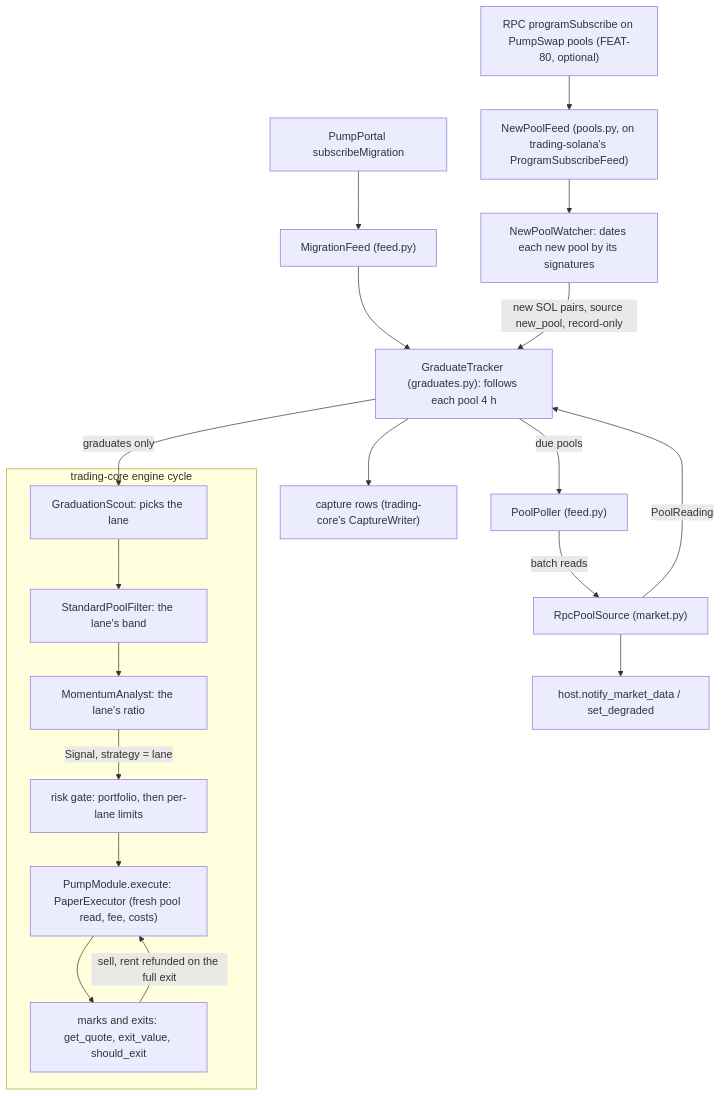
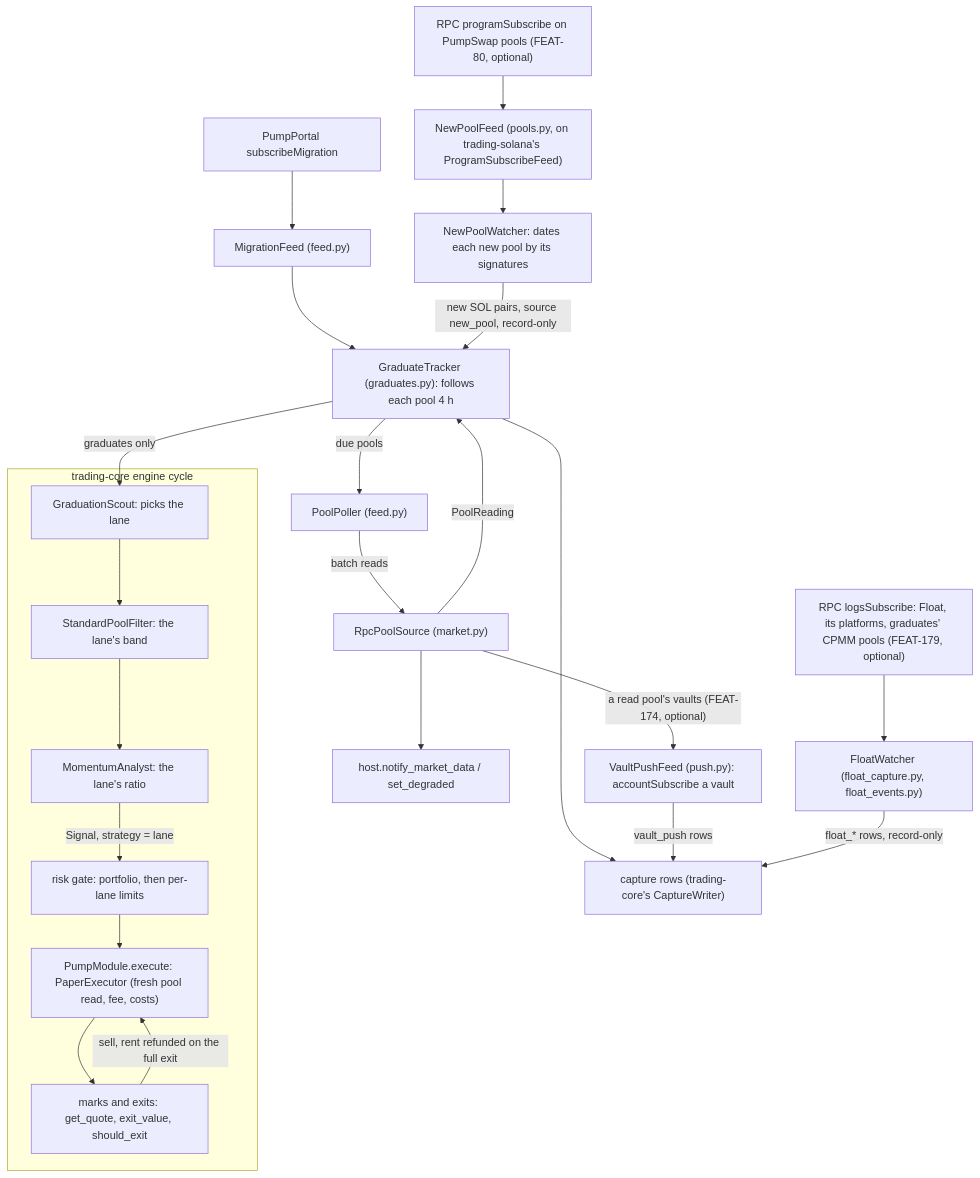
The diagram in docs/ARCHITECTURE.md (andy-shady-org/trading-pump), drawn with Mermaid before and after one commit. The commit also changed other lines of this file and 17 other files, not shown here.

First line of the commit message:
FEAT-179: Float capture (record-only)

````diff
--- a/docs/ARCHITECTURE.md
+++ b/docs/ARCHITECTURE.md
@@ -40,22 +40,26 @@
 ```mermaid
 flowchart TD
     PP["PumpPortal subscribeMigration"] --> MF["MigrationFeed (feed.py)"]
     MF --> GT["GraduateTracker (graduates.py): follows each pool 4 h"]
     WS["RPC programSubscribe on PumpSwap pools (FEAT-80, optional)"] --> NPF["NewPoolFeed (pools.py, on trading-solana's ProgramSubscribeFeed)"]
     NPF --> NPW["NewPoolWatcher: dates each new pool by its signatures"]
     NPW -- "new SOL pairs, source new_pool, record-only" --> GT
     GT -- "due pools" --> POLL["PoolPoller (feed.py)"]
     POLL -- "batch reads" --> SRC["RpcPoolSource (market.py)"]
     SRC -- "PoolReading" --> GT
     SRC --> HOST["host.notify_market_data / set_degraded"]
     GT --> CAP["capture rows (trading-core's CaptureWriter)"]
+    SRC -- "a read pool's vaults (FEAT-174, optional)" --> PUSH["VaultPushFeed (push.py): accountSubscribe a vault"]
+    PUSH -- "vault_push rows" --> CAP
+    FL["RPC logsSubscribe: Float, its platforms, graduates' CPMM pools (FEAT-179, optional)"] --> FW["FloatWatcher (float_capture.py, float_events.py)"]
+    FW -- "float_* rows, record-only" --> CAP
     GT -- "graduates only" --> SCOUT
     subgraph ENGINE["trading-core engine cycle"]
         SCOUT["GraduationScout: picks the lane"] --> FILT["StandardPoolFilter: the lane's band"]
         FILT --> AN["MomentumAnalyst: the lane's ratio"]
         AN -- "Signal, strategy = lane" --> RISK["risk gate: portfolio, then per-lane limits"]
         RISK --> EXE["PumpModule.execute: PaperExecutor (fresh pool read, fee, costs)"]
         EXE --> MARK["marks and exits: get_quote, exit_value, should_exit"]
         MARK -- "sell, rent refunded on the full exit" --> EXE
     end
 ```
````
